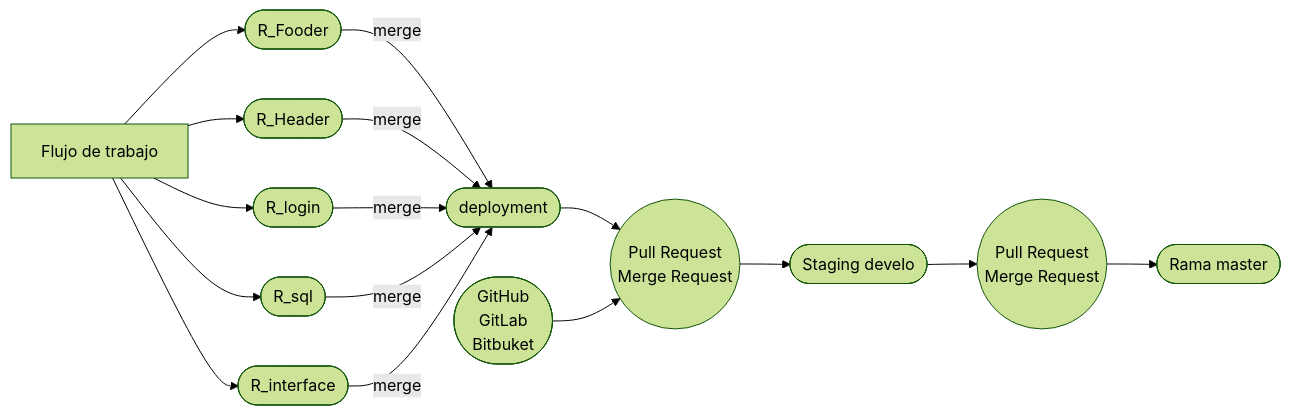
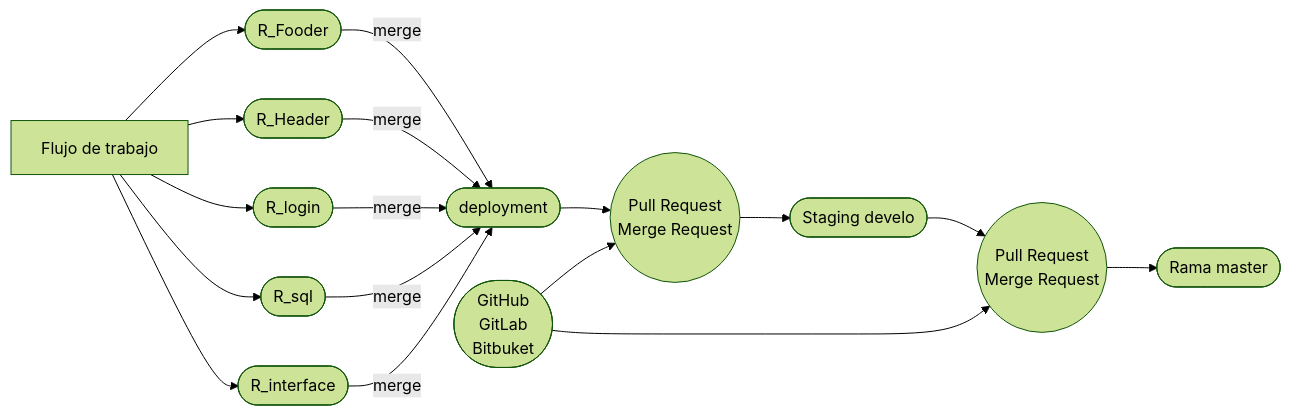
The third of 3 diagrams in Notas_del_curso_de_git.md (dczinil/git), drawn with Mermaid (forest theme) before and after one commit.

Commit message:
Trabajando en los graficos de flujo de trebajo p21 nuevo grafico

````diff
--- a/Notas_del_curso_de_git.md
+++ b/Notas_del_curso_de_git.md
@@ -253,13 +253,14 @@
 ```mermaid
 
 graph LR
 A[Flujo de trabajo]-->B([R_Fooder])--merge-->H
 A[Flujo de trabajo]-->C([R_Header])--merge-->H
 A[Flujo de trabajo]-->D([R_login])--merge-->H
 A[Flujo de trabajo]-->E([R_sql])--merge-->H
 A[Flujo de trabajo]-->G([R_interface])--merge-->H
 H([deployment])-->L((Pull Request</br>Merge Request))-->I([Staging  develo])-->O((Pull Request</br>Merge Request))-->K([Rama master])
 
 P([GitHub</br>GitLab</br>Bitbuket</br>])-->L
+P([GitHub</br>GitLab</br>Bitbuket</br>])-->O
 
 ```
````
